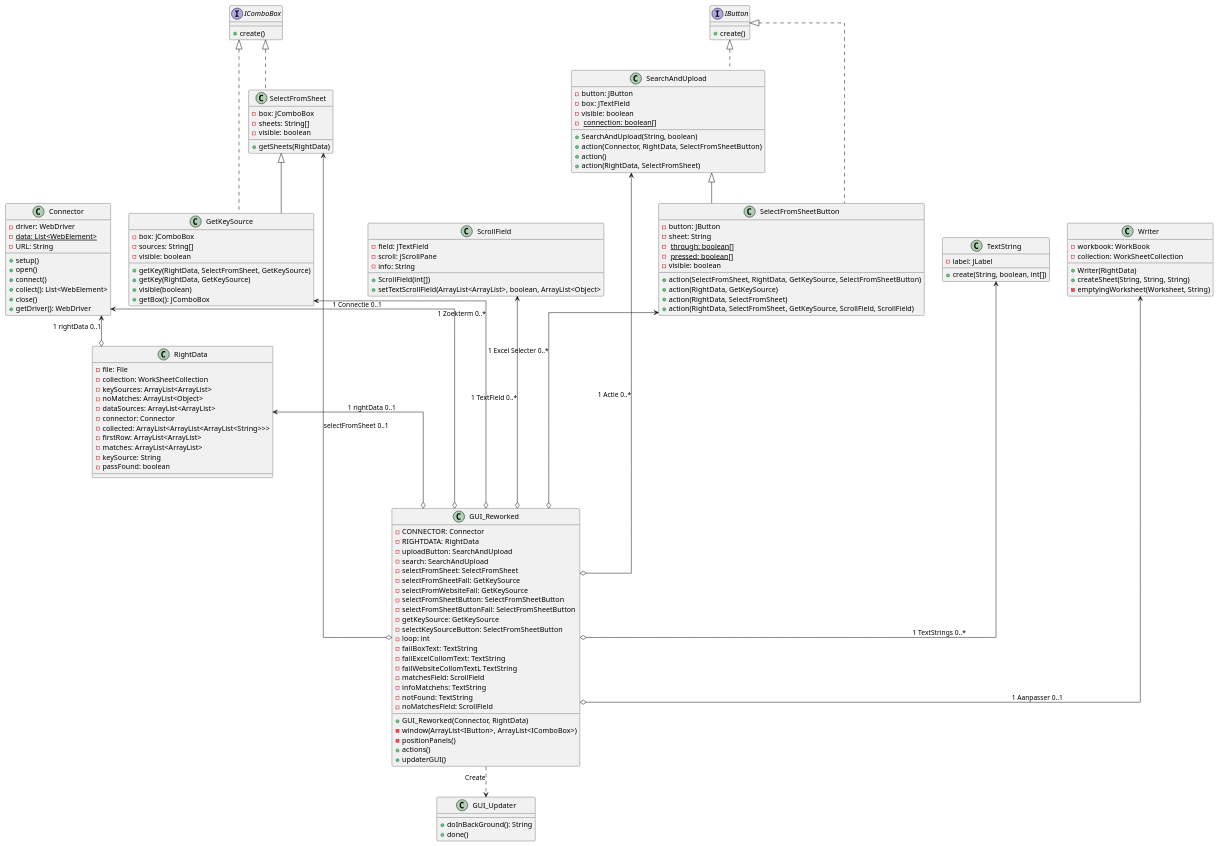
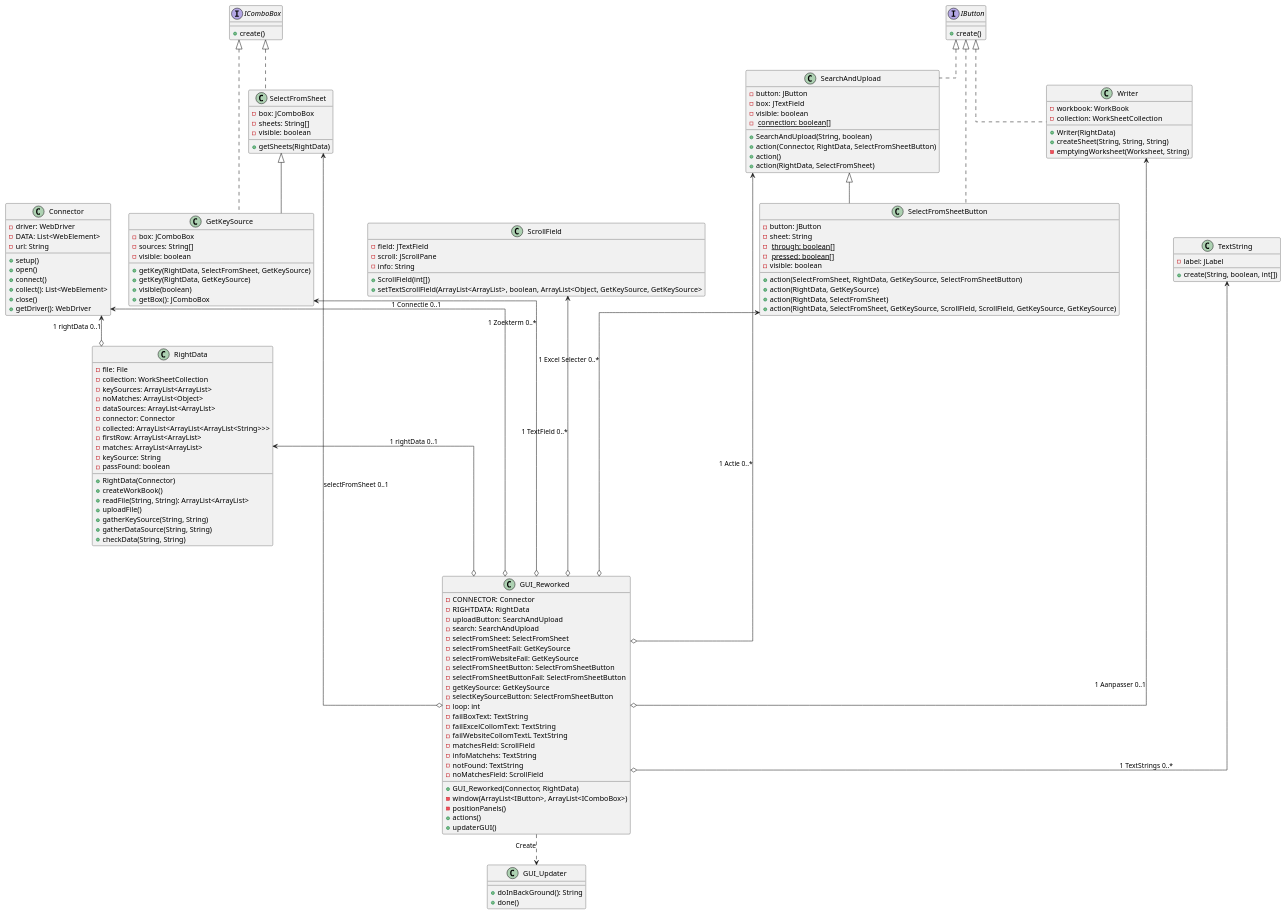
The diagram in UML- en tetxtfiles/UML Laatste Versie.puml (Jarnovis/De_Staten_Scanner_-Excel_Versie-), drawn with PlantUML before and after one commit. The commit also changed 9 other files, not shown here.

```diff
--- a/UML- en tetxtfiles/UML Laatste Versie.puml
+++ b/UML- en tetxtfiles/UML Laatste Versie.puml
@@ -1,168 +1,175 @@
 @startuml
-'https://plantuml.com/sequence-diagram
 skinparam linetype ortho
 class Connector{
 - driver: WebDriver
-- <u>data: List<WebElement>
-- URL: String
+- DATA: List<WebElement>
+- url: String
 
 + setup()
 + open()
 + connect()
 + collect(): List<WebElement>
 + close()
 + getDriver(): WebDriver
 }
 
 class GetKeySource{
 - box: JComboBox
 - sources: String[]
 - visible: boolean
 
 + getKey(RightData, SelectFromSheet, GetKeySource)
 + getKey(RightData, GetKeySource)
 + visible(boolean)
 + getBox(): JComboBox
 }
 
 class GUI_Reworked{
 - CONNECTOR: Connector
 - RIGHTDATA: RightData
 - uploadButton: SearchAndUpload
 - search: SearchAndUpload
 - selectFromSheet: SelectFromSheet
 - selectFromSheetFail: GetKeySource
 - selectFromWebsiteFail: GetKeySource
 - selectFromSheetButton: SelectFromSheetButton
 - selectFromSheetButtonFail: SelectFromSheetButton
 - getKeySource: GetKeySource
 - selectKeySourceButton: SelectFromSheetButton
 - loop: int
 - failBoxText: TextString
 - failExcelCollomText: TextString
 - failWebsiteCollomTextL TextString
 - matchesField: ScrollField
 - infoMatchehs: TextString
 - notFound: TextString
 - noMatchesField: ScrollField
 
 + GUI_Reworked(Connector, RightData)
 - window(ArrayList<IButton>, ArrayList<IComboBox>)
 - positionPanels()
 + actions()
 + updaterGUI()
 
 }
 
 class GUI_Updater{
 + doInBackGround(): String
 + done()
 }
 
 interface IButton{
 + create()
 }
 
 interface IComboBox{
 + create()
 }
 
 class RightData{
 - file: File
 - collection: WorkSheetCollection
 - keySources: ArrayList<ArrayList>
 - noMatches: ArrayList<Object>
 - dataSources: ArrayList<ArrayList>
 - connector: Connector
 - collected: ArrayList<ArrayList<ArrayList<String>>>
 - firstRow: ArrayList<ArrayList>
 - matches: ArrayList<ArrayList>
 - keySource: String
 - passFound: boolean
+
++ RightData(Connector)
++ createWorkBook()
++ readFile(String, String): ArrayList<ArrayList>
++ uploadFile()
++ gatherKeySource(String, String)
++ gatherDataSource(String, String)
++ checkData(String, String)
 }
 
 class ScrollField{
 - field: JTextField
 - scroll: JScrollPane
 - info: String
 
 + ScrollField(int[])
-+ setTextScrollField(ArrayList<ArrayList>, boolean, ArrayList<Object>
++ setTextScrollField(ArrayList<ArrayList>, boolean, ArrayList<Object, GetKeySource, GetKeySource>
 }
 
 class SearchAndUpload{
 - button: JButton
 - box: JTextField
 - visible: boolean
 - <u> connection: boolean[]
 
 + SearchAndUpload(String, boolean)
 + action(Connector, RightData, SelectFromSheetButton)
 + action()
 + action(RightData, SelectFromSheet)
 }
 
 class SelectFromSheet{
 - box: JComboBox
 - sheets: String[]
 - visible: boolean
 
 + getSheets(RightData)
 
 }
 
 class SelectFromSheetButton{
 - button: JButton
 - sheet: String
 - <u> through: boolean[]
 - <u> pressed: boolean[]
 - visible: boolean
 
 + action(SelectFromSheet, RightData, GetKeySource, SelectFromSheetButton)
 + action(RightData, GetKeySource)
 + action(RightData, SelectFromSheet)
-+ action(RightData, SelectFromSheet, GetKeySource, ScrollField, ScrollField)
++ action(RightData, SelectFromSheet, GetKeySource, ScrollField, ScrollField, GetKeySource, GetKeySource)
 }
 
 class TextString{
 - label: JLabel
 
 + create(String, boolean, int[])
 }
 
 class Writer{
 - workbook: WorkBook
 - collection: WorkSheetCollection
 
 + Writer(RightData)
 + createSheet(String, String, String)
 - emptyingWorksheet(Worksheet, String)
 }
 
 SelectFromSheet <|-- GetKeySource
 IComboBox <|.. GetKeySource
 GUI_Reworked ..> GUI_Updater: Create
 
 RightData <--o GUI_Reworked: 1 rightData 0..1
 Connector <--o GUI_Reworked: 1 Connectie 0..1
 SearchAndUpload <---o GUI_Reworked: 1 Actie 0..*
 SelectFromSheet <---o GUI_Reworked: selectFromSheet 0..1
 GetKeySource <---o GUI_Reworked: 1 Zoekterm 0..*
 SelectFromSheetButton <---o GUI_Reworked: 1 Excel Selecter 0..*
 TextString <---o GUI_Reworked: 1 TextStrings 0..*
 ScrollField <---o GUI_Reworked: 1 TextField 0..*
 Writer <---o GUI_Reworked: 1 Aanpasser 0..1
 
 Connector <--o RightData: 1 rightData 0..1
 
 IButton <|.. SearchAndUpload
 IButton <|.. SelectFromSheetButton
-
+IButton <|.. Writer
 
 IComboBox <|.. SelectFromSheet
 
 SearchAndUpload <|-- SelectFromSheetButton
 
 
 
 @enduml
```
